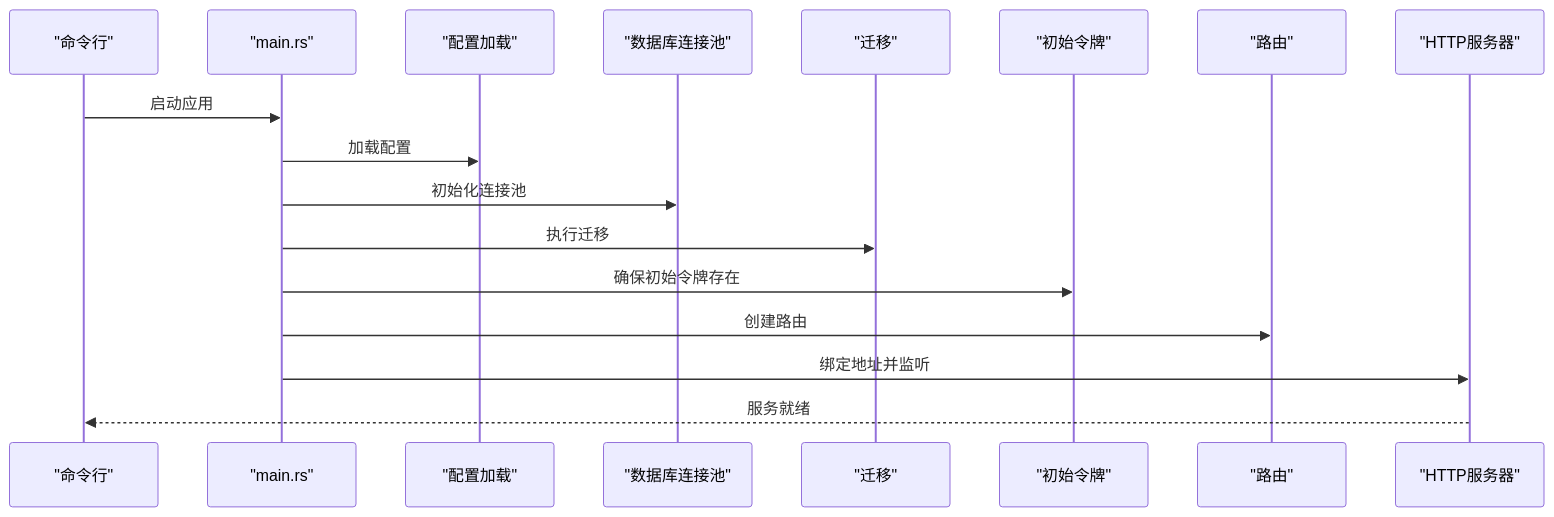
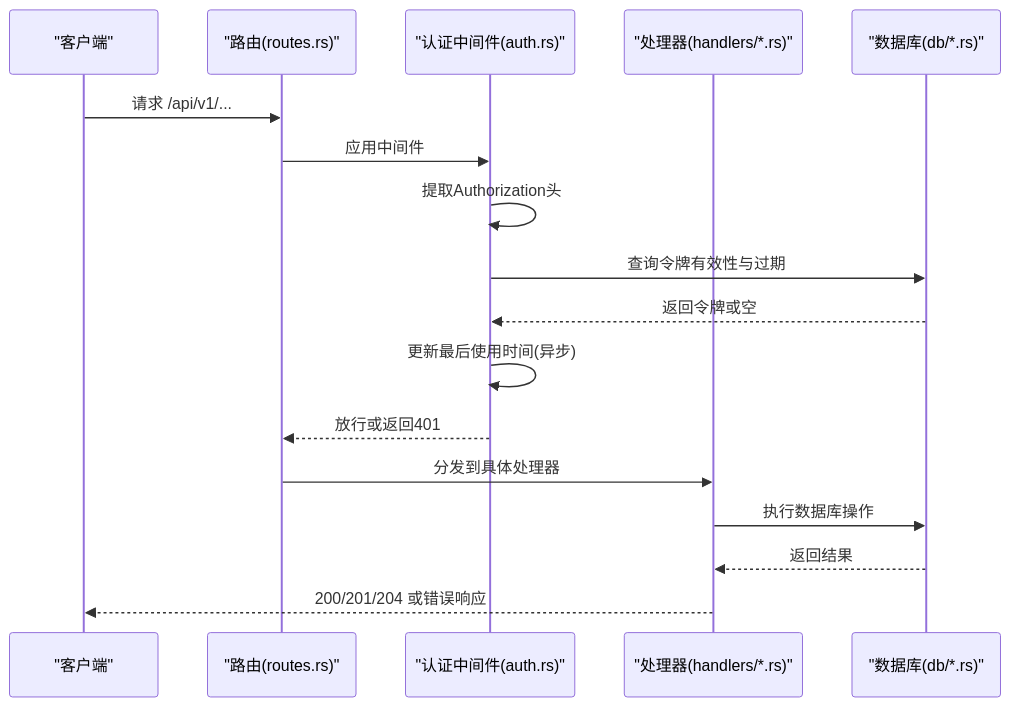
The second of 7 diagrams in .qoder/repowiki/zh/content/API接口文档/API接口文档.md (leimu-hue/AI-Trend-Tool), drawn with Mermaid before and after one commit. The commit also changed other lines of this file and 118 other files, not shown here.

````diff
--- a/.qoder/repowiki/zh/content/API接口文档/API接口文档.md
+++ b/.qoder/repowiki/zh/content/API接口文档/API接口文档.md
@@ -87,19 +100,19 @@
 ```mermaid
 sequenceDiagram
-participant CLI as "命令行"
-participant Main as "main.rs"
-participant Config as "配置加载"
-participant DB as "数据库连接池"
-participant Migrate as "迁移"
-participant Token as "初始令牌"
-participant Router as "路由"
-participant Server as "HTTP服务器"
-CLI->>Main : 启动应用
-Main->>Config : 加载配置
-Main->>DB : 初始化连接池
-Main->>Migrate : 执行迁移
-Main->>Token : 确保初始令牌存在
-Main->>Router : 创建路由
-Main->>Server : 绑定地址并监听
-Server-->>CLI : 服务就绪
+participant C as "客户端"
+participant R as "路由(routes.rs)"
+participant MW as "认证中间件(auth.rs)"
+participant H as "处理器(handlers/*.rs)"
+participant D as "数据库(db/*.rs)"
+C->>R : 请求 /api/v1/...
+R->>MW : 应用中间件
+MW->>MW : 提取Authorization头
+MW->>D : 查询令牌有效性与过期
+D-->>MW : 返回令牌或空
+MW->>MW : 更新最后使用时间(异步)
+MW-->>R : 放行或返回401
+R->>H : 分发到具体处理器
+H->>D : 执行数据库操作
+D-->>H : 返回结果
+H-->>C : 200/201/204 或错误响应
 ```
````
